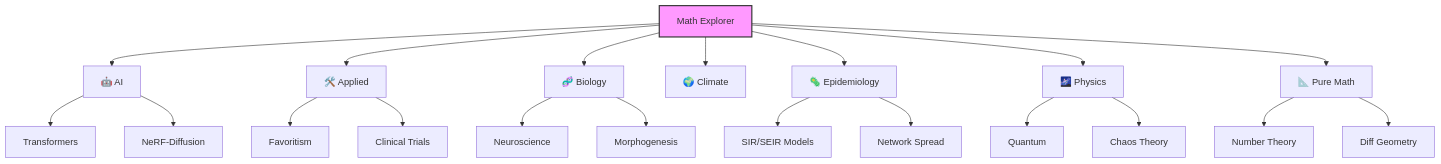
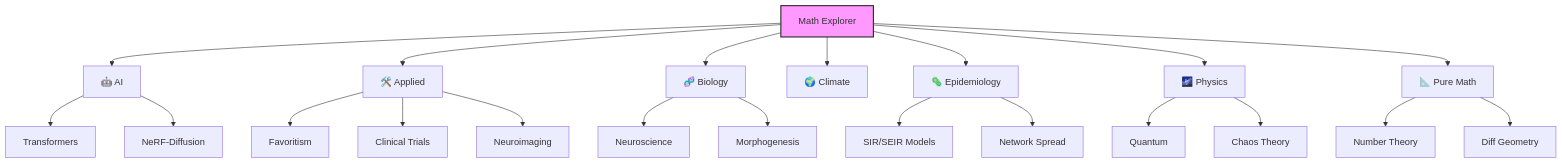
One commit to fderuiter/math changed the diagram in README.md. Above: the diagram before and after it, drawn with Mermaid. The commit also changed other lines of this file and 3 other files, not shown here.

First line of the commit message:
docs: demystify freesurfer with diagrams and examples

````diff
--- a/README.md
+++ b/README.md
@@ -54,19 +54,19 @@
 ```mermaid
 graph TD
     Root[Math Explorer] --> AI[🤖 AI]
     Root --> Applied[🛠️ Applied]
     Root --> Bio[🧬 Biology]
     Root --> Climate[🌍 Climate]
     Root --> Epi[🦠 Epidemiology]
     Root --> Phys[🌌 Physics]
     Root --> Pure[📐 Pure Math]
 
     AI --> Trans[Transformers] & NeRF[NeRF-Diffusion]
-    Applied --> Fav[Favoritism] & Clinical[Clinical Trials]
+    Applied --> Fav[Favoritism] & Clinical[Clinical Trials] & NeuroImg[Neuroimaging]
     Bio --> Neuro[Neuroscience] & Morph[Morphogenesis]
     Epi --> SIR[SIR/SEIR Models] & Net[Network Spread]
     Phys --> Quant[Quantum] & Chaos[Chaos Theory]
     Pure --> Num[Number Theory] & Geo[Diff Geometry]
 
     style Root fill:#f9f,stroke:#333,stroke-width:2px
 ```
````
